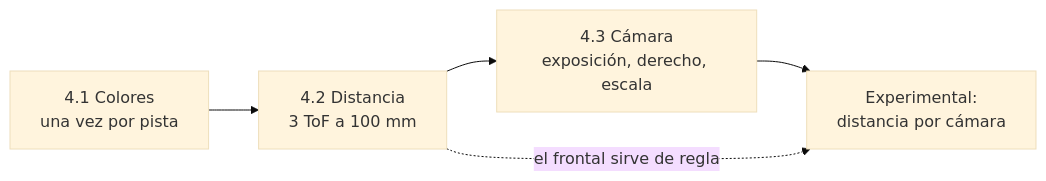
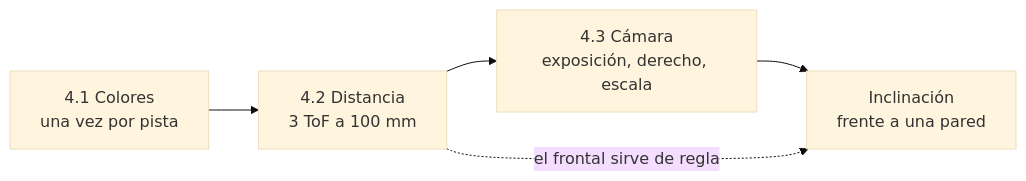
One commit to Happenedspice17/sumo-v-ia changed the second of 3 diagrams in docs/manual_uso.md. Above: the diagram before and after it, drawn with Mermaid (base theme). The commit also changed other lines of this file and 8 other files, not shown here.

````diff
--- a/docs/manual_uso.md
+++ b/docs/manual_uso.md
@@ -124,7 +127,7 @@
 ```mermaid
 flowchart LR
   A[4.1 Colores<br/>una vez por pista] --> B[4.2 Distancia<br/>3 ToF a 100 mm]
   B --> C[4.3 Cámara<br/>exposición, derecho, escala]
-  C --> D[Experimental:<br/>distancia por cámara]
+  C --> D[Inclinación<br/>frente a una pared]
   B -. el frontal sirve de regla .-> D
 ```
````
